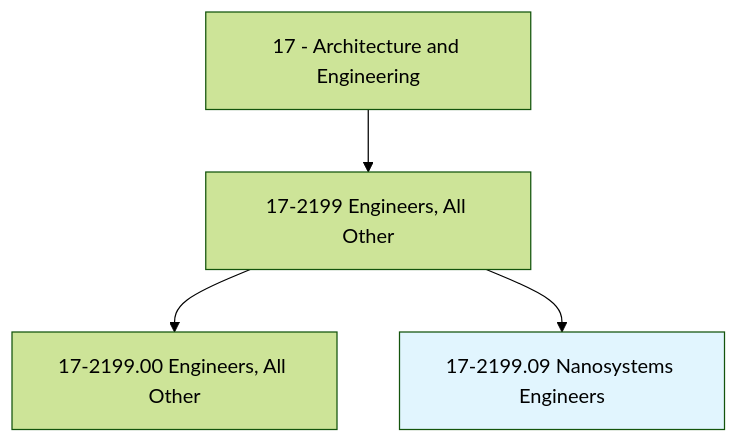
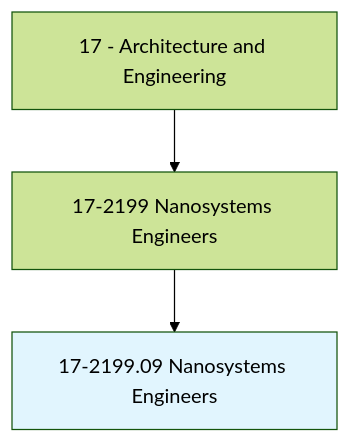
The first of 4 diagrams in occupations/Architecture/NanosystemsEngineers.mdx (kziemski/business.org.ai), drawn with Mermaid (forest theme) before and after one commit. The commit also changed other lines of this file and 938 other files, not shown here.

````diff
--- a/occupations/Architecture/NanosystemsEngineers.mdx
+++ b/occupations/Architecture/NanosystemsEngineers.mdx
@@ -19,7 +23,6 @@
 ```mermaid
 graph TD
-    Cat17["17 - Architecture and Engineering"] --> Group172199["17-2199 Engineers, All Other"]
-    Group172199 --> Base["17-2199.00 Engineers, All Other"]
+    Cat17["17 - Architecture and Engineering"] --> Group172199["17-2199 Nanosystems Engineers"]
     Group172199 --> Current["17-2199.09 Nanosystems Engineers"]
     style Current fill:#e1f5fe
 ```
````
